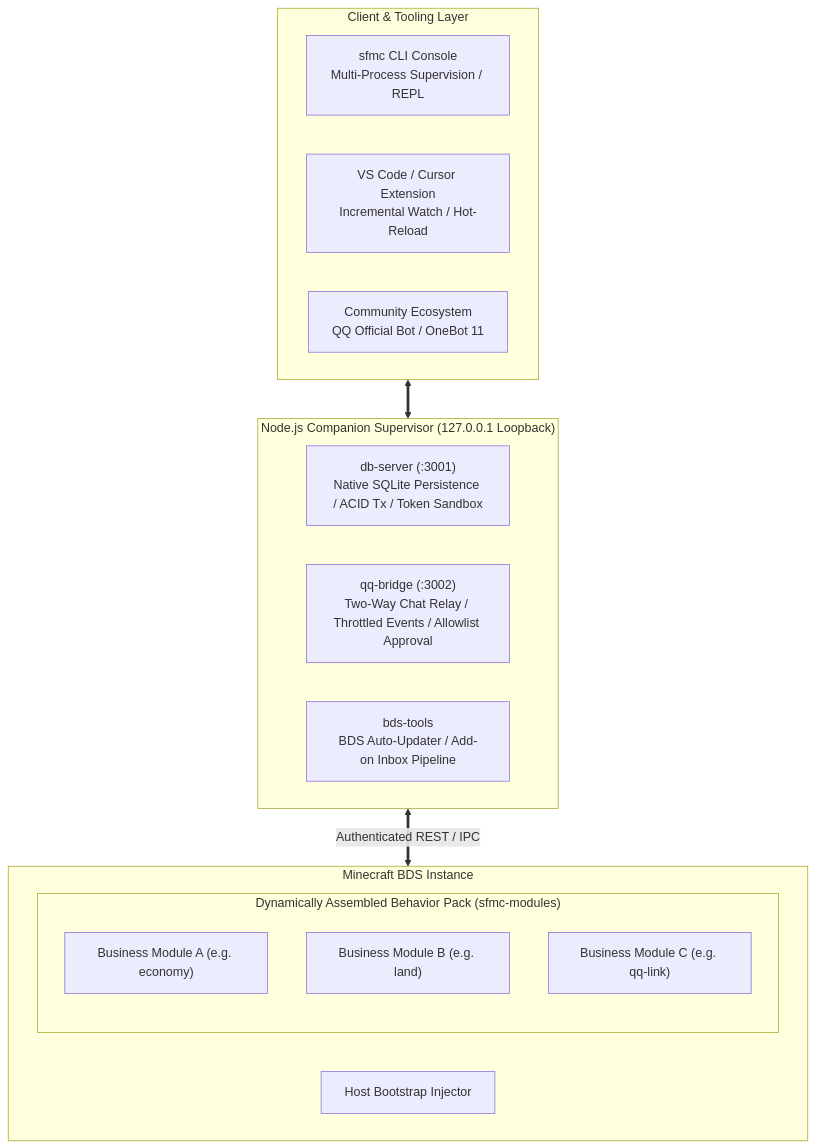
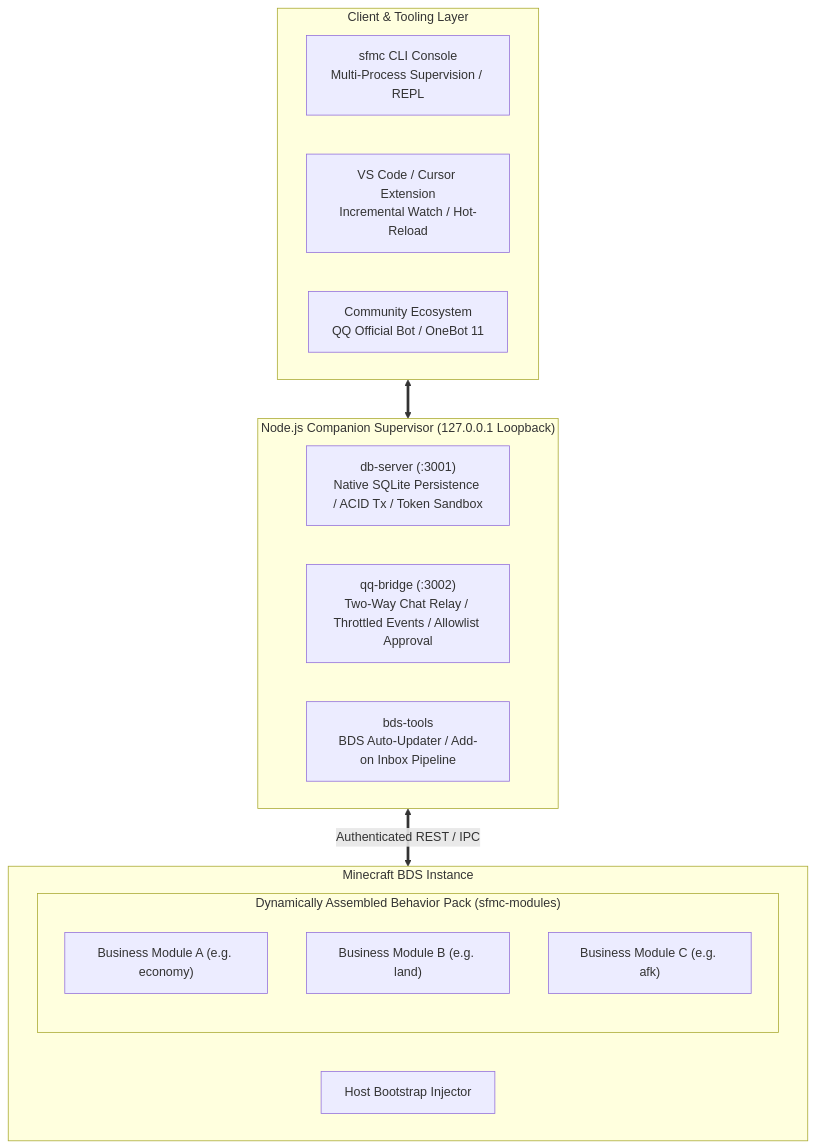
One commit to DogeLakeDev/ScriptsForMinecraftServer changed the diagram in README.en.md. Above: the diagram before and after it, drawn with Mermaid. The commit also changed other lines of this file and 34 other files, not shown here.

````diff
--- a/README.en.md
+++ b/README.en.md
@@ -33,26 +33,26 @@
 ```mermaid
 flowchart TD
   subgraph Client_Layer ["Client & Tooling Layer"]
     CLI["sfmc CLI Console<br/>Multi-Process Supervision / REPL"]
     IDE["VS Code / Cursor Extension<br/>Incremental Watch / Hot-Reload"]
     QQ_Client["Community Ecosystem<br/>QQ Official Bot / OneBot 11"]
   end
 
   subgraph Companion_Layer ["Node.js Companion Supervisor (127.0.0.1 Loopback)"]
     DB_Svc["db-server (:3001)<br/>Native SQLite Persistence / ACID Tx / Token Sandbox"]
     QQ_Svc["qq-bridge (:3002)<br/>Two-Way Chat Relay / Throttled Events / Allowlist Approval"]
     BDS_Tools["bds-tools<br/>BDS Auto-Updater / Add-on Inbox Pipeline"]
   end
 
   subgraph Game_Layer ["Minecraft BDS Instance"]
     Bootstrap["Host Bootstrap Injector"]
     subgraph SAPI_Bundle ["Dynamically Assembled Behavior Pack (sfmc-modules)"]
       ModA["Business Module A (e.g. economy)"]
       ModB["Business Module B (e.g. land)"]
-      ModC["Business Module C (e.g. qq-link)"]
+      ModC["Business Module C (e.g. afk)"]
     end
   end
 
   Client_Layer <==> Companion_Layer
   Companion_Layer <== Authenticated REST / IPC ==> Game_Layer
 ```
````
